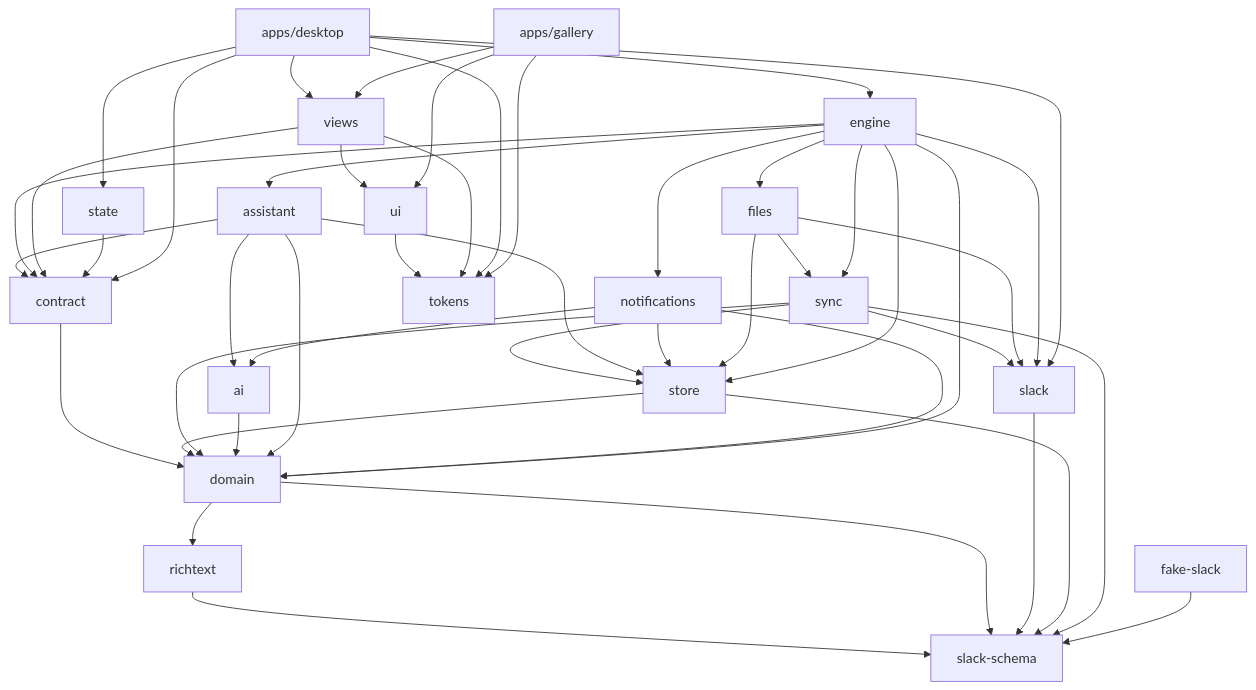
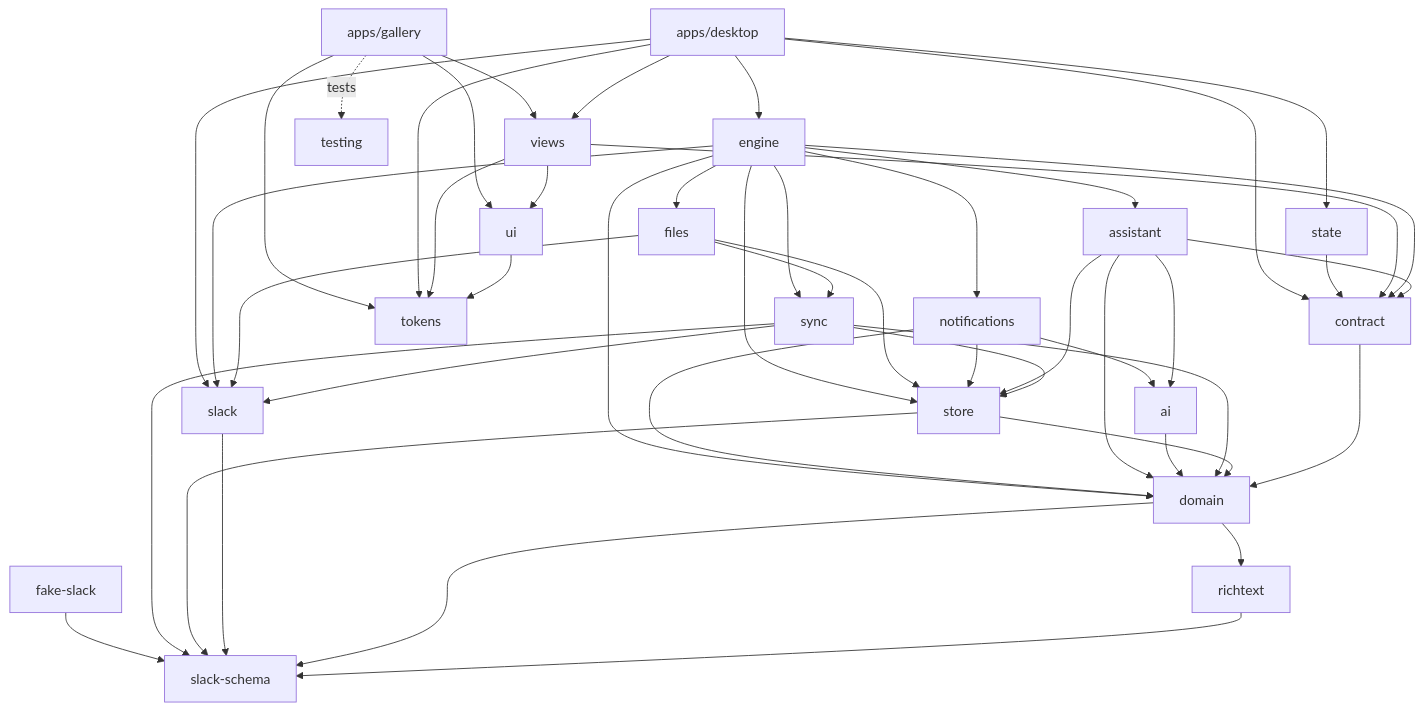
The second of 2 diagrams in docs/architecture.md (triptu/juno), drawn with Mermaid before and after one commit. The commit also changed other lines of this file and 68 other files, not shown here.

Commit message:
Gallery: one state at a time with grouped fixtures, a switcher, __state links and keys; add a layout-shift guard in @juno/testing

````diff
--- a/docs/architecture.md
+++ b/docs/architecture.md
@@ -108,22 +108,23 @@
 ```mermaid
 flowchart TD
   slack_schema[slack-schema]
   richtext --> slack_schema
   domain --> richtext & slack_schema
   contract --> domain
   slack --> slack_schema
   store --> domain & slack_schema
   sync --> slack & store & domain & slack_schema
   ai --> domain
   assistant --> ai & store & domain & contract
   notifications --> store & domain & ai
   files --> slack & store & sync
   engine --> contract & sync & store & domain & assistant & notifications & files & slack
   fake_slack[fake-slack] --> slack_schema
   tokens
   ui --> tokens
   views --> ui & tokens & contract
   state --> contract
   desktop[apps/desktop] --> engine & state & views & contract & tokens & slack
   gallery[apps/gallery] --> views & ui & tokens
+  gallery -.tests.-> testing[testing]
 ```
````
